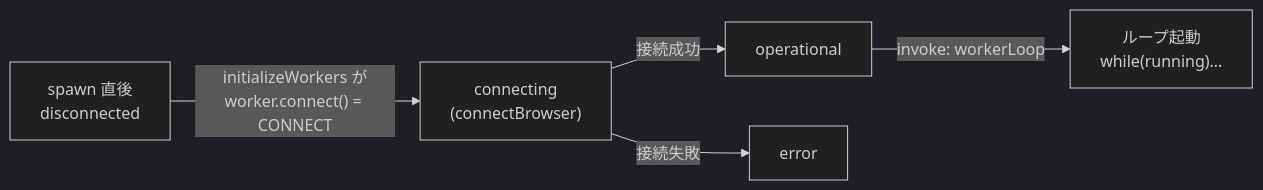
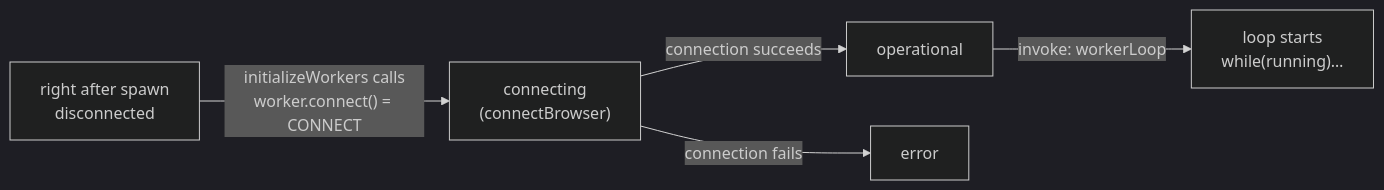
One commit to uraitakahito/browserhive changed the second of 4 diagrams in docs-site/src/content/docs/worker-spawn-and-loop.mdx. Above: the diagram before and after it, drawn with Mermaid (dark theme). The commit also changed other lines of this file and 17 other files, not shown here.

````diff
--- a/docs-site/src/content/docs/worker-spawn-and-loop.mdx
+++ b/docs-site/src/content/docs/worker-spawn-and-loop.mdx
@@ -87,7 +97,7 @@
 ```mermaid
 flowchart LR
-  S0["spawn 直後<br>disconnected"] -->|"initializeWorkers が<br>worker.connect() = CONNECT"| S1["connecting<br>(connectBrowser)"]
-  S1 -->|接続成功| S2["operational"]
-  S1 -->|接続失敗| SE["error"]
-  S2 -->|"invoke: workerLoop"| LP["ループ起動<br>while(running)…"]
+  S0["right after spawn<br>disconnected"] -->|"initializeWorkers calls<br>worker.connect() = CONNECT"| S1["connecting<br>(connectBrowser)"]
+  S1 -->|connection succeeds| S2["operational"]
+  S1 -->|connection fails| SE["error"]
+  S2 -->|"invoke: workerLoop"| LP["loop starts<br>while(running)…"]
 ```
````
